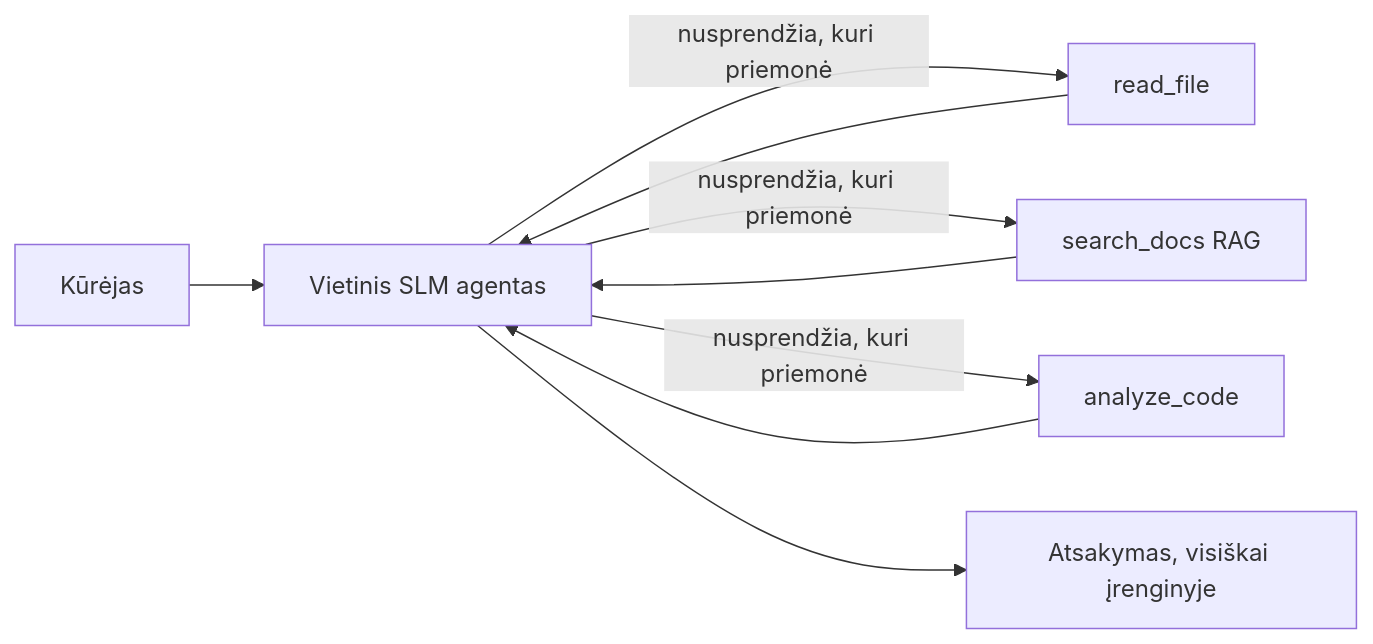
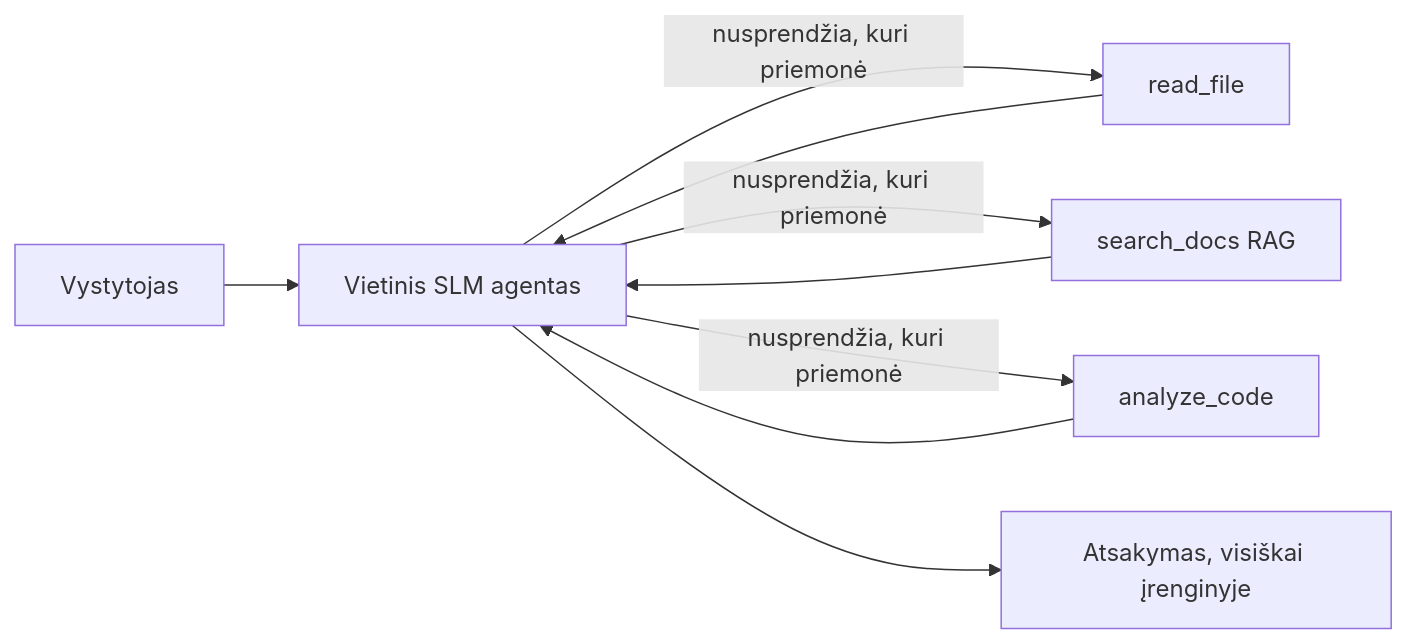
The first of 4 diagrams in translations/lt/17-creating-local-ai-agents/README.md (microsoft/ai-agents-for-beginners), drawn with Mermaid before and after one commit. The commit also changed other lines of this file and 45 other files, not shown here.

````diff
--- a/translations/lt/17-creating-local-ai-agents/README.md
+++ b/translations/lt/17-creating-local-ai-agents/README.md
@@ -66,11 +66,11 @@
 ```mermaid
 flowchart LR
-    U[Kūrėjas] --> A[Vietinis SLM agentas]
+    U[Vystytojas] --> A[Vietinis SLM agentas]
     A -->|nusprendžia, kuri priemonė| T1[read_file]
     A -->|nusprendžia, kuri priemonė| T2[search_docs RAG]
     A -->|nusprendžia, kuri priemonė| T3[analyze_code]
     T1 --> A
     T2 --> A
     T3 --> A
     A --> R[Atsakymas, visiškai įrenginyje]
 ```
````
